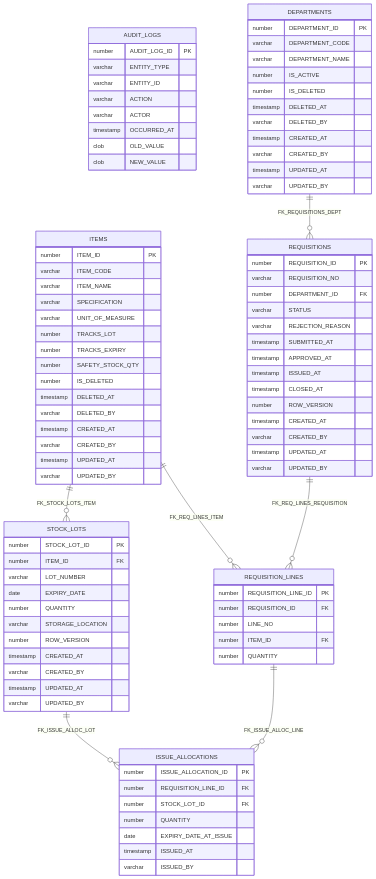
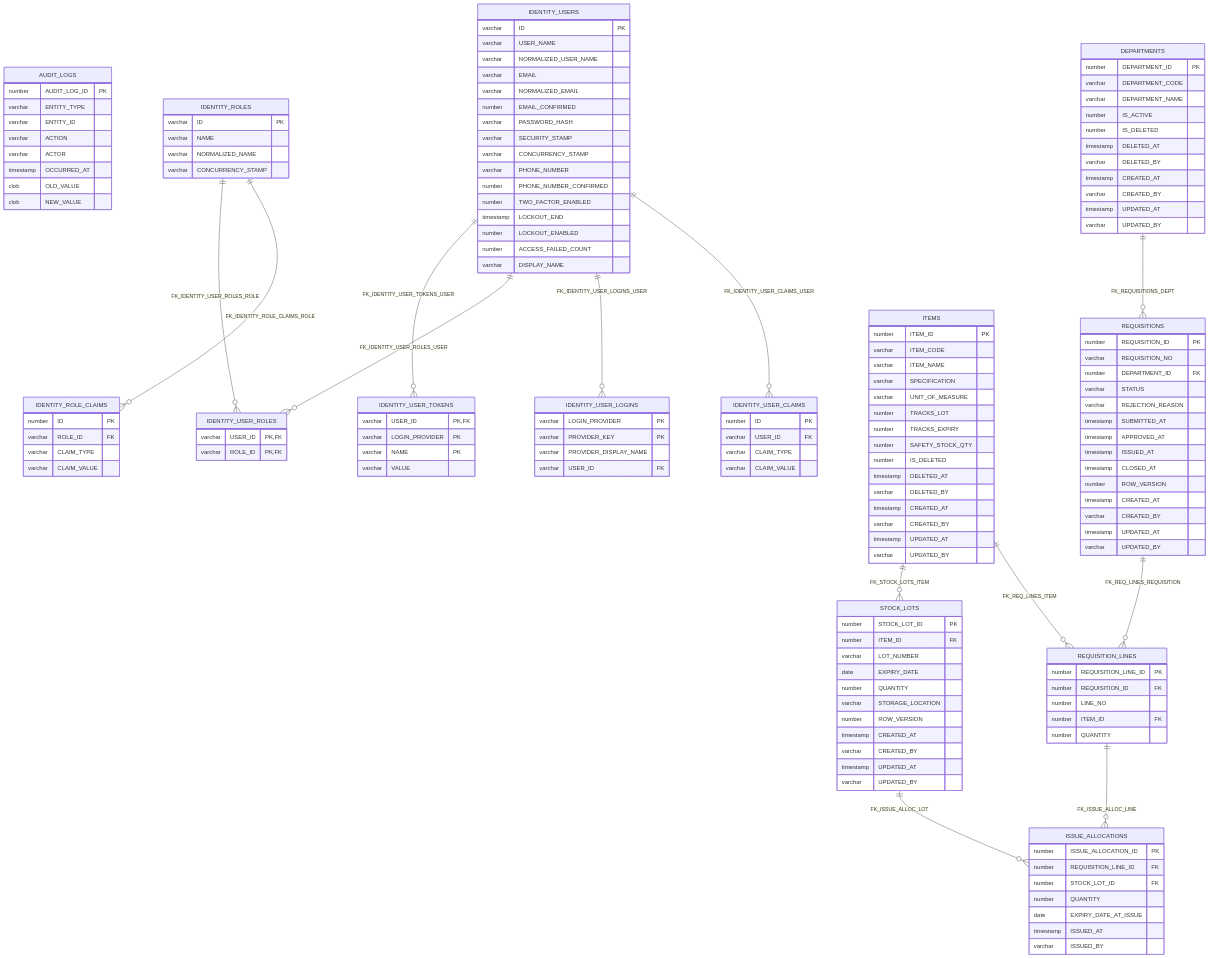
The diagram in docs/diagrams/schema.mmd (PomeloBiscuit/MedSupplyOps), drawn with Mermaid before and after one commit. The commit also changed 31 other files, not shown here.

```diff
--- a/docs/diagrams/schema.mmd
+++ b/docs/diagrams/schema.mmd
@@ -23,6 +23,58 @@
         varchar CREATED_BY
         timestamp UPDATED_AT
         varchar UPDATED_BY
+    }
+    IDENTITY_ROLES {
+        varchar ID PK
+        varchar NAME
+        varchar NORMALIZED_NAME
+        varchar CONCURRENCY_STAMP
+    }
+    IDENTITY_ROLE_CLAIMS {
+        number ID PK
+        varchar ROLE_ID FK
+        varchar CLAIM_TYPE
+        varchar CLAIM_VALUE
+    }
+    IDENTITY_USERS {
+        varchar ID PK
+        varchar USER_NAME
+        varchar NORMALIZED_USER_NAME
+        varchar EMAIL
+        varchar NORMALIZED_EMAIL
+        number EMAIL_CONFIRMED
+        varchar PASSWORD_HASH
+        varchar SECURITY_STAMP
+        varchar CONCURRENCY_STAMP
+        varchar PHONE_NUMBER
+        number PHONE_NUMBER_CONFIRMED
+        number TWO_FACTOR_ENABLED
+        timestamp LOCKOUT_END
+        number LOCKOUT_ENABLED
+        number ACCESS_FAILED_COUNT
+        varchar DISPLAY_NAME
+    }
+    IDENTITY_USER_CLAIMS {
+        number ID PK
+        varchar USER_ID FK
+        varchar CLAIM_TYPE
+        varchar CLAIM_VALUE
+    }
+    IDENTITY_USER_LOGINS {
+        varchar LOGIN_PROVIDER PK
+        varchar PROVIDER_KEY PK
+        varchar PROVIDER_DISPLAY_NAME
+        varchar USER_ID FK
+    }
+    IDENTITY_USER_ROLES {
+        varchar USER_ID PK, FK
+        varchar ROLE_ID PK, FK
+    }
+    IDENTITY_USER_TOKENS {
+        varchar USER_ID PK, FK
+        varchar LOGIN_PROVIDER PK
+        varchar NAME PK
+        varchar VALUE
     }
     ISSUE_ALLOCATIONS {
         number ISSUE_ALLOCATION_ID PK
@@ -86,6 +138,12 @@
         timestamp UPDATED_AT
         varchar UPDATED_BY
     }
+    IDENTITY_ROLES ||--o{ IDENTITY_ROLE_CLAIMS : "FK_IDENTITY_ROLE_CLAIMS_ROLE"
+    IDENTITY_USERS ||--o{ IDENTITY_USER_CLAIMS : "FK_IDENTITY_USER_CLAIMS_USER"
+    IDENTITY_USERS ||--o{ IDENTITY_USER_LOGINS : "FK_IDENTITY_USER_LOGINS_USER"
+    IDENTITY_ROLES ||--o{ IDENTITY_USER_ROLES : "FK_IDENTITY_USER_ROLES_ROLE"
+    IDENTITY_USERS ||--o{ IDENTITY_USER_ROLES : "FK_IDENTITY_USER_ROLES_USER"
+    IDENTITY_USERS ||--o{ IDENTITY_USER_TOKENS : "FK_IDENTITY_USER_TOKENS_USER"
     REQUISITION_LINES ||--o{ ISSUE_ALLOCATIONS : "FK_ISSUE_ALLOC_LINE"
     STOCK_LOTS ||--o{ ISSUE_ALLOCATIONS : "FK_ISSUE_ALLOC_LOT"
     DEPARTMENTS ||--o{ REQUISITIONS : "FK_REQUISITIONS_DEPT"
```
